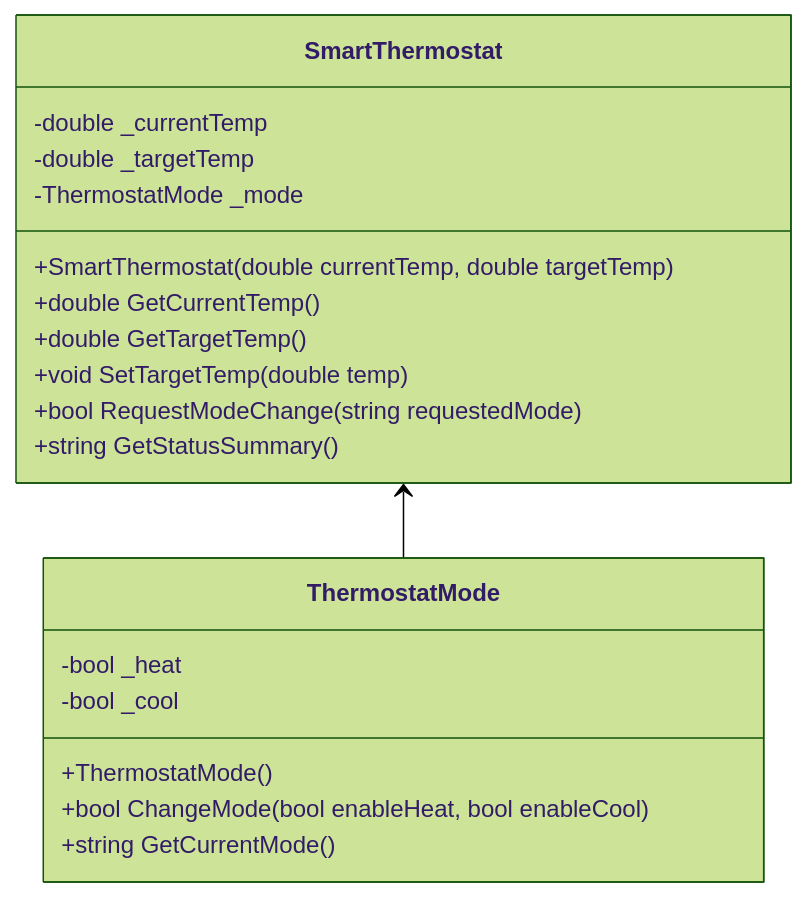
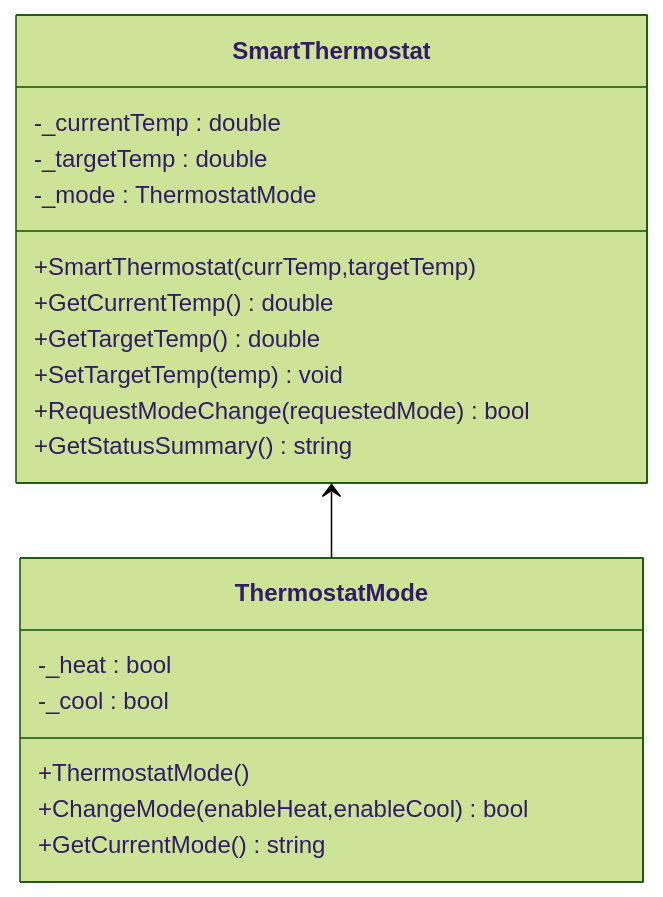
The fifth of 6 diagrams in content/AppEx-3.03-Smart-Thermostat.md (gibbonsc/quartzblog), drawn with Mermaid (forest theme) before and after one commit. The commit also changed other lines of this file and 1 other file, not shown here.

Commit message:
smart thermostat exercise diagrams

````diff
--- a/content/AppEx-3.03-Smart-Thermostat.md
+++ b/content/AppEx-3.03-Smart-Thermostat.md
@@ -122,22 +132,23 @@
 ```mermaid
+%%{init: {'classDiagram': {'textWrap': false}}}%%
 classDiagram
     class SmartThermostat {
-        -double _currentTemp
-        -double _targetTemp
-        -ThermostatMode _mode
-        +SmartThermostat(double currentTemp, double targetTemp)
-        +double GetCurrentTemp()
-        +double GetTargetTemp()
-        +void SetTargetTemp(double temp)
-        +bool RequestModeChange(string requestedMode)
-        +string GetStatusSummary()
+        -_currentTemp : double
+        -_targetTemp : double
+        -_mode : ThermostatMode
+        +SmartThermostat(currTemp,targetTemp)
+        +GetCurrentTemp() double
+        +GetTargetTemp() double
+        +SetTargetTemp(temp) void
+        +RequestModeChange(requestedMode) bool
+        +GetStatusSummary() string
     }
     class ThermostatMode {
-        -bool _heat
-        -bool _cool
+        -_heat : bool
+        -_cool : bool
         +ThermostatMode()
-        +bool ChangeMode(bool enableHeat, bool enableCool)
-        +string GetCurrentMode()
+        +ChangeMode(enableHeat,enableCool) bool
+        +GetCurrentMode() string
     }
     SmartThermostat <-- ThermostatMode
 ```
````
